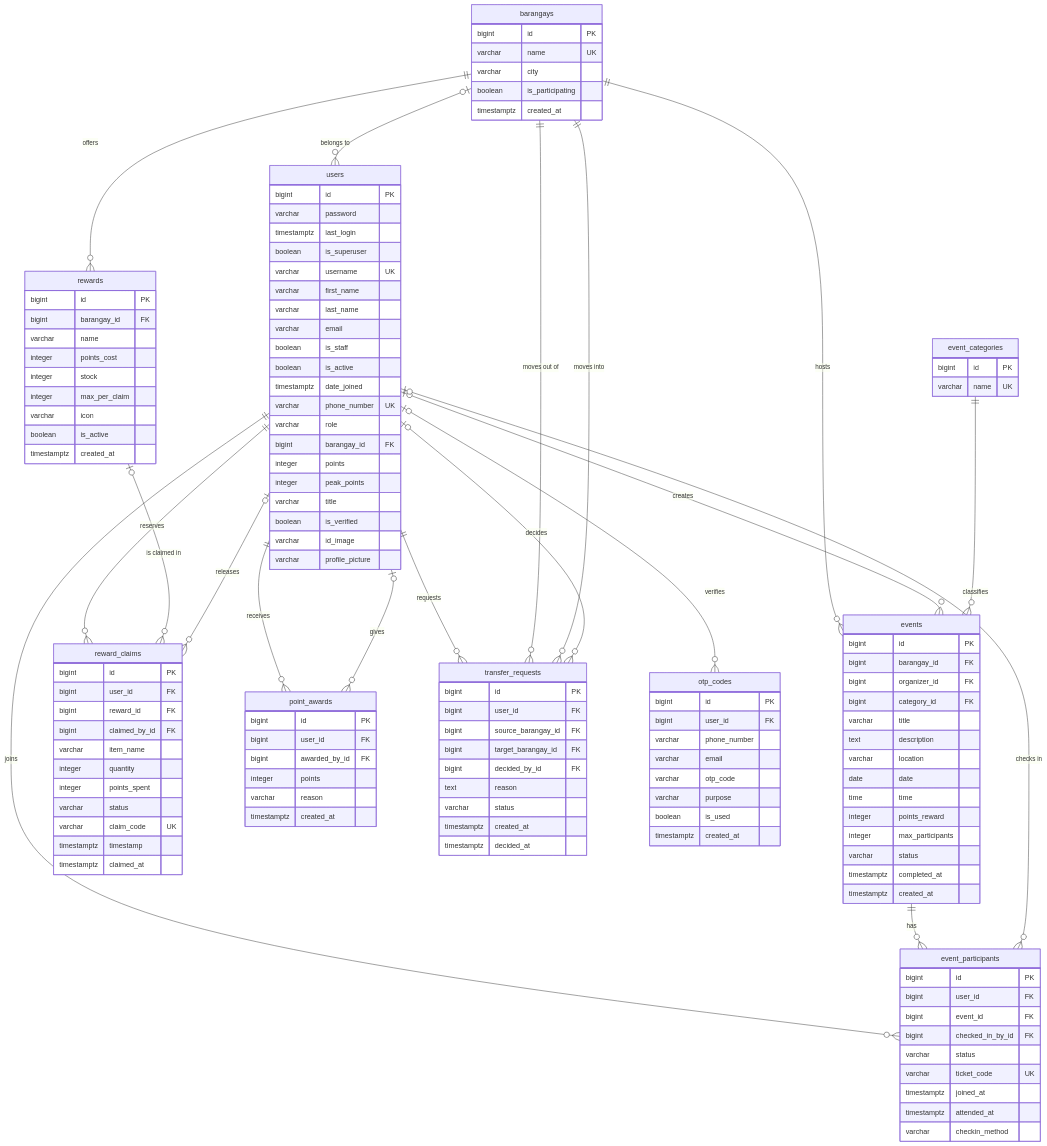
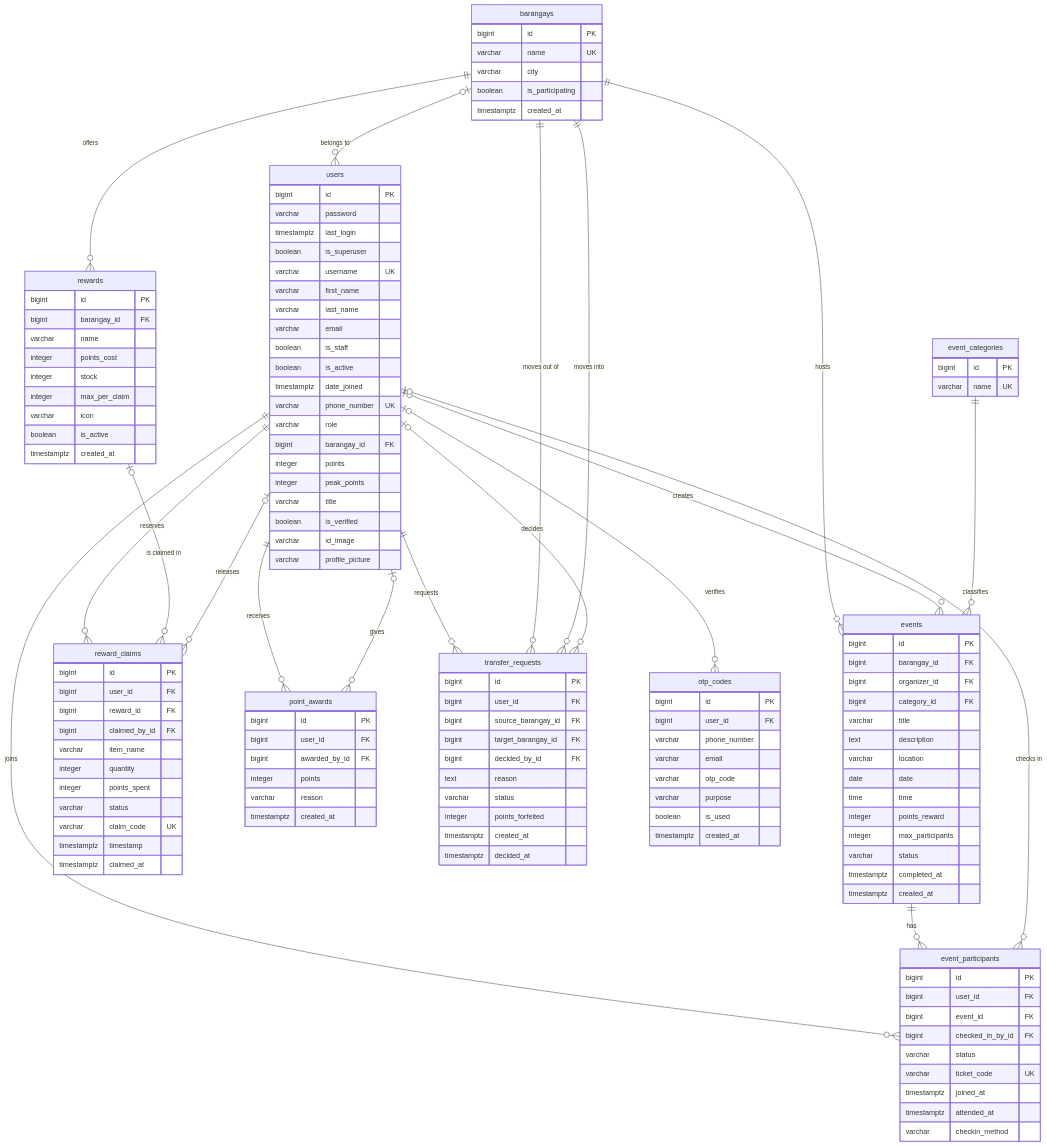
One commit to RamonE9/EcoConnect changed the diagram in docs/ERD.md. Above: the diagram before and after it, drawn with Mermaid. The commit also changed 11 other files, not shown here.

```diff
--- a/docs/ERD.md
+++ b/docs/ERD.md
@@ -158,6 +158,7 @@
         bigint decided_by_id FK
         text reason
         varchar status
+        integer points_forfeited
         timestamptz created_at
         timestamptz decided_at
     }
```
